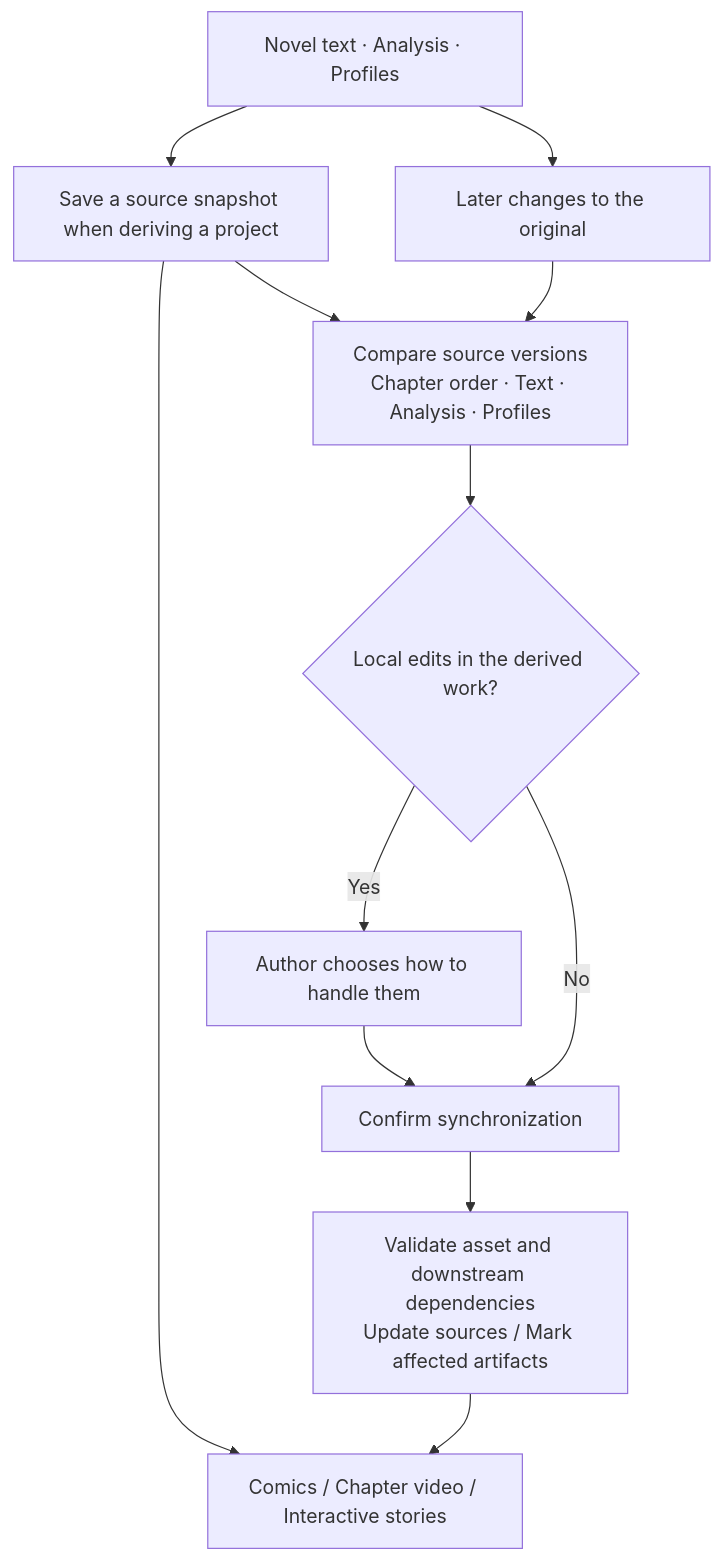
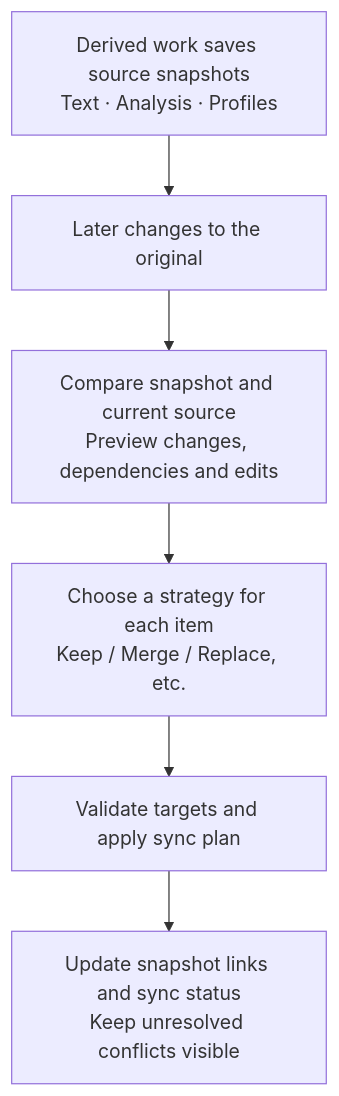
One commit to GTJasonMK/A4N changed diagram 13 of 18 in README.en.md. Above: the diagram before and after it, drawn with Mermaid. The commit also changed other lines of this file and 2 other files, not shown here.

First line of the commit message:
docs: fix README diagram flows and mobile readability

````diff
--- a/README.en.md
+++ b/README.en.md
@@ -224,16 +239,10 @@
 ```mermaid
 flowchart TB
   accTitle: Synchronizing story changes into derived projects
-  accDescr: Derived projects retain text, analysis and profile snapshots. Later source changes are compared first; local edits require an author decision, followed by dependency validation and updates to affected content.
-  novel["Novel text · Analysis · Profiles"] --> snapshot["Save a source snapshot when deriving a project"]
-  snapshot --> derived["Comics / Chapter video / Interactive stories"]
-  novel --> changes["Later changes to the original"]
-  changes --> diff["Compare source versions<br/>Chapter order · Text · Analysis · Profiles"]
-  snapshot --> diff
-  diff --> decision{"Local edits in the derived work?"}
-  decision -->|Yes| choose["Author chooses how to handle them"]
-  decision -->|No| apply["Confirm synchronization"]
-  choose --> apply
-  apply --> dependencies["Validate asset and downstream dependencies<br/>Update sources / Mark affected artifacts"]
-  dependencies --> derived
+  accDescr: A derived work retains source snapshots. Later changes produce a diff and dependency preview. The author chooses supported strategies per item, such as keeping, merging or replacing. Applying validates targets and updates snapshot links and sync status; unresolved conflicts stay visible and media is not automatically regenerated in bulk.
+  snapshot["Derived work saves source snapshots<br/>Text · Analysis · Profiles"] --> changes["Later changes to the original"]
+  changes --> diff["Compare snapshot and current source<br/>Preview changes, dependencies and edits"]
+  diff --> choose["Choose a strategy for each item<br/>Keep / Merge / Replace, etc."]
+  choose --> apply["Validate targets and apply sync plan"]
+  apply --> status["Update snapshot links and sync status<br/>Keep unresolved conflicts visible"]
 ```
````
